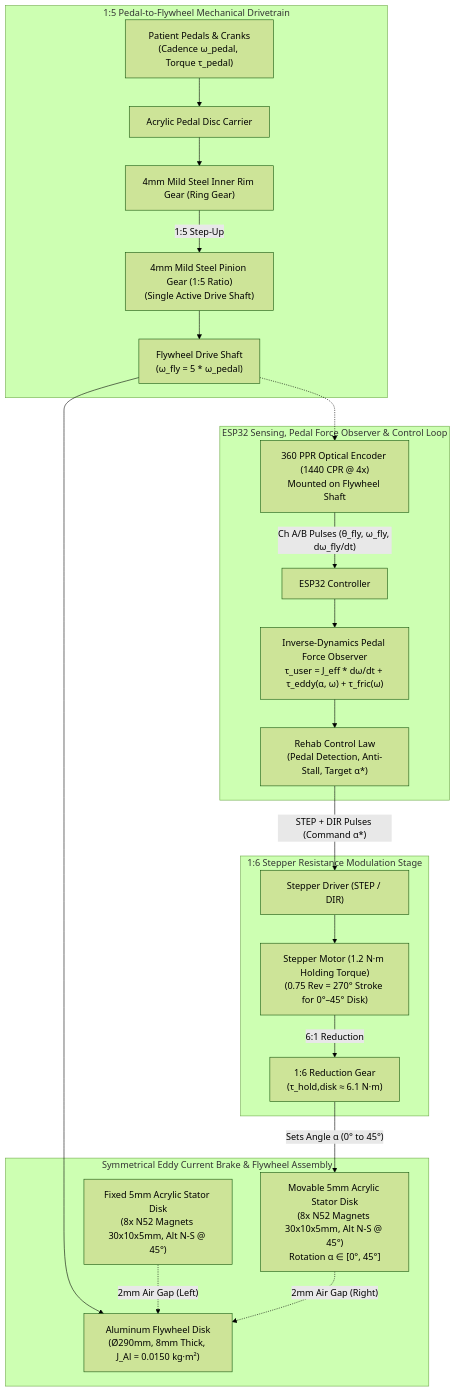
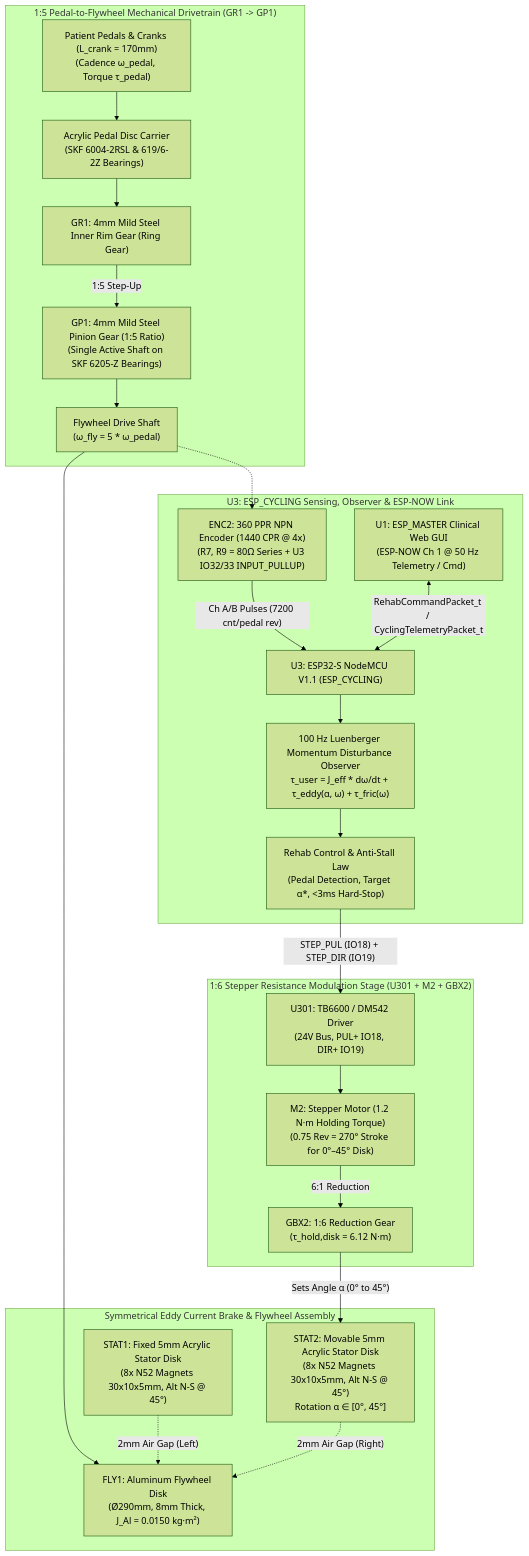
The first of 2 diagrams in README_CYCLING_EDDY_BRAKE.md (Kanishk-Goel-19/DP_DULLA), drawn with Mermaid (forest theme) before and after one commit. The commit also changed other lines of this file and 27 other files, not shown here.

````diff
--- a/README_CYCLING_EDDY_BRAKE.md
+++ b/README_CYCLING_EDDY_BRAKE.md
@@ -30,43 +40,45 @@
 ```mermaid
 flowchart TD
-    subgraph Mechanical_Drive ["1:5 Pedal-to-Flywheel Mechanical Drivetrain"]
-        PED["Patient Pedals & Cranks\n(Cadence ω_pedal, Torque τ_pedal)"]
-        ACR_P["Acrylic Pedal Disc Carrier"]
-        RING["4mm Mild Steel Inner Rim Gear (Ring Gear)"]
-        PIN["4mm Mild Steel Pinion Gear (1:5 Ratio)\n(Single Active Drive Shaft)"]
+    subgraph Mechanical_Drive ["1:5 Pedal-to-Flywheel Mechanical Drivetrain (GR1 -> GP1)"]
+        PED["Patient Pedals & Cranks (L_crank = 170mm)\n(Cadence ω_pedal, Torque τ_pedal)"]
+        ACR_P["Acrylic Pedal Disc Carrier\n(SKF 6004-2RSL & 619/6-2Z Bearings)"]
+        RING["GR1: 4mm Mild Steel Inner Rim Gear (Ring Gear)"]
+        PIN["GP1: 4mm Mild Steel Pinion Gear (1:5 Ratio)\n(Single Active Shaft on SKF 6205-Z Bearings)"]
         SHAFT["Flywheel Drive Shaft\n(ω_fly = 5 * ω_pedal)"]
         
         PED --> ACR_P --> RING
         RING -->|"1:5 Step-Up"| PIN --> SHAFT
     end
 
     subgraph Symmetrical_ECB ["Symmetrical Eddy Current Brake & Flywheel Assembly"]
-        STAT_L["Fixed 5mm Acrylic Stator Disk\n(8x N52 Magnets 30x10x5mm, Alt N-S @ 45°)"]
-        FLY["Aluminum Flywheel Disk\n(Ø290mm, 8mm Thick, J_Al = 0.0150 kg·m²)"]
-        STAT_R["Movable 5mm Acrylic Stator Disk\n(8x N52 Magnets 30x10x5mm, Alt N-S @ 45°)\nRotation α ∈ [0°, 45°]"]
+        STAT_L["STAT1: Fixed 5mm Acrylic Stator Disk\n(8x N52 Magnets 30x10x5mm, Alt N-S @ 45°)"]
+        FLY["FLY1: Aluminum Flywheel Disk\n(Ø290mm, 8mm Thick, J_Al = 0.0150 kg·m²)"]
+        STAT_R["STAT2: Movable 5mm Acrylic Stator Disk\n(8x N52 Magnets 30x10x5mm, Alt N-S @ 45°)\nRotation α ∈ [0°, 45°]"]
         
         SHAFT --> FLY
         STAT_L -.->|"2mm Air Gap (Left)"| FLY
         STAT_R -.->|"2mm Air Gap (Right)"| FLY
     end
 
-    subgraph Stepper_Actuation ["1:6 Stepper Resistance Modulation Stage"]
-        STEP["Stepper Motor (1.2 N·m Holding Torque)\n(0.75 Rev = 270° Stroke for 0°–45° Disk)"]
-        G_STEP["1:6 Reduction Gear\n(τ_hold,disk ≈ 6.1 N·m)"]
-        SDRV["Stepper Driver (STEP / DIR)"]
+    subgraph Stepper_Actuation ["1:6 Stepper Resistance Modulation Stage (U301 + M2 + GBX2)"]
+        STEP["M2: Stepper Motor (1.2 N·m Holding Torque)\n(0.75 Rev = 270° Stroke for 0°–45° Disk)"]
+        G_STEP["GBX2: 1:6 Reduction Gear\n(τ_hold,disk = 6.12 N·m)"]
+        SDRV["U301: TB6600 / DM542 Driver\n(24V Bus, PUL+ IO18, DIR+ IO19)"]
         
         SDRV --> STEP -->|"6:1 Reduction"| G_STEP -->|"Sets Angle α (0° to 45°)"| STAT_R
     end
 
-    subgraph Sensing_Control ["ESP32 Sensing, Pedal Force Observer & Control Loop"]
-        ENC["360 PPR Optical Encoder (1440 CPR @ 4x)\nMounted on Flywheel Shaft"]
-        ESP["ESP32 Controller"]
-        OBS["Inverse-Dynamics Pedal Force Observer\nτ_user = J_eff * dω/dt + τ_eddy(α, ω) + τ_fric(ω)"]
-        ALGO["Rehab Control Law\n(Pedal Detection, Anti-Stall, Target α*)"]
+    subgraph Sensing_Control ["U3: ESP_CYCLING Sensing, Observer & ESP-NOW Link"]
+        ENC["ENC2: 360 PPR NPN Encoder (1440 CPR @ 4x)\n(R7, R9 = 80Ω Series + U3 IO32/33 INPUT_PULLUP)"]
+        ESP["U3: ESP32-S NodeMCU V1.1 (ESP_CYCLING)"]
+        OBS["100 Hz Luenberger Momentum Disturbance Observer\nτ_user = J_eff * dω/dt + τ_eddy(α, ω) + τ_fric(ω)"]
+        ALGO["Rehab Control & Anti-Stall Law\n(Pedal Detection, Target α*, <3ms Hard-Stop)"]
+        MASTER["U1: ESP_MASTER Clinical Web GUI\n(ESP-NOW Ch 1 @ 50 Hz Telemetry / Cmd)"]
         
         SHAFT -.-> ENC
-        ENC -->|"Ch A/B Pulses (θ_fly, ω_fly, dω_fly/dt)"| ESP
+        ENC -->|"Ch A/B Pulses (7200 cnt/pedal rev)"| ESP
+        MASTER <-->|"RehabCommandPacket_t / CyclingTelemetryPacket_t"| ESP
         ESP --> OBS --> ALGO
-        ALGO -->|"STEP + DIR Pulses (Command α*)"| SDRV
+        ALGO -->|"STEP_PUL (IO18) + STEP_DIR (IO19)"| SDRV
     end
 ```
````
